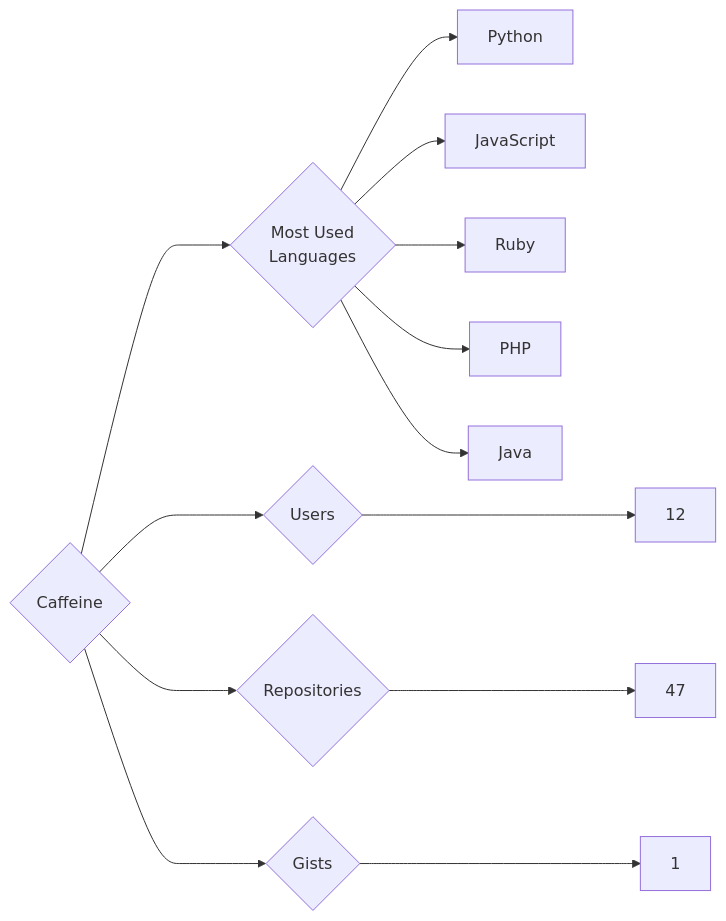
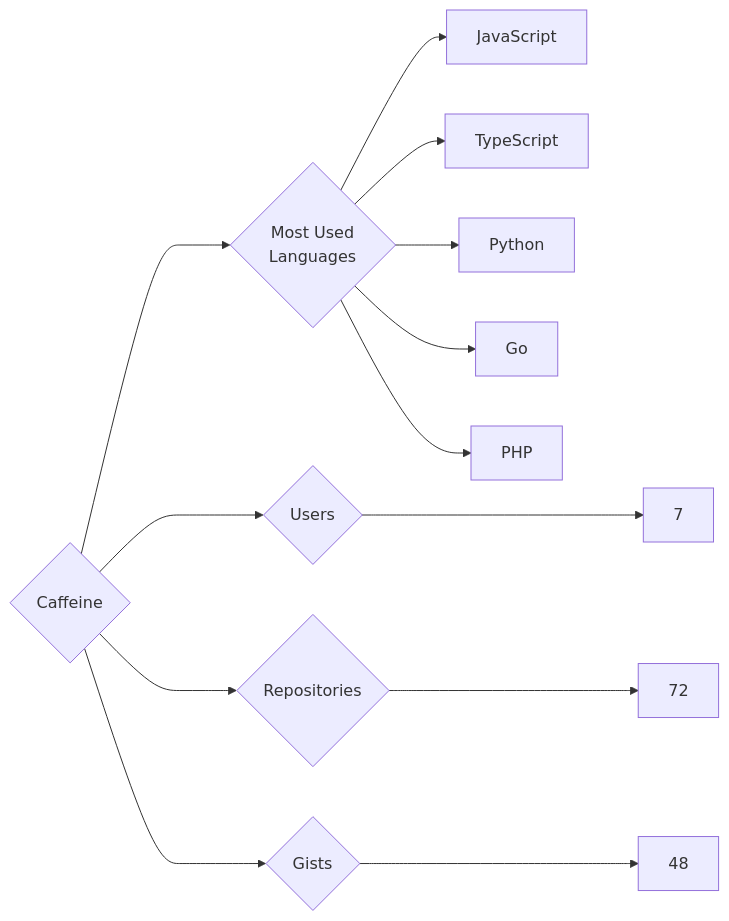
One commit to trickest/insiders changed the diagram in targets/Caffeine/README.md. Above: the diagram before and after it, drawn with Mermaid. The commit also changed 745 other files, not shown here.

````diff
--- a/targets/Caffeine/README.md
+++ b/targets/Caffeine/README.md
@@ -3,13 +3,13 @@
 ```mermaid
 graph LR
 COMPANY_NAME{Caffeine}
-COMPANY_NAME ---> U{Users} ---> UN[12]
-COMPANY_NAME ---> R{Repositories} ---> RN[47]
-COMPANY_NAME ---> G{Gists} ---> GN[1]
+COMPANY_NAME ---> U{Users} ---> UN[7]
+COMPANY_NAME ---> R{Repositories} ---> RN[72]
+COMPANY_NAME ---> G{Gists} ---> GN[48]
 COMPANY_NAME ---> ML{Most Used<br>Languages}
+ML --> JavaScript[JavaScript]
+ML --> TypeScript[TypeScript]
 ML --> Python[Python]
-ML --> JavaScript[JavaScript]
-ML --> Ruby[Ruby]
+ML --> Go[Go]
 ML --> PHP[PHP]
-ML --> Java[Java]
 ```
````
